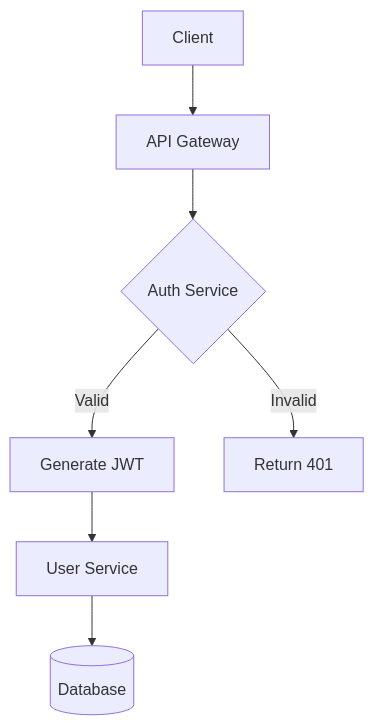
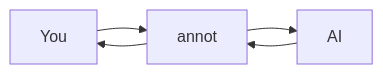
Before and after one commit to denolehov/annot: the diagram in test-fixtures/sample.md, drawn with Mermaid. The commit also changed other lines of this file and 1 other file, not shown here.

````diff
--- a/test-fixtures/sample.md
+++ b/test-fixtures/sample.md
@@ -43,9 +151,5 @@
 ```mermaid
-flowchart TD
-    A[Client] --> B[API Gateway]
-    B --> C{Auth Service}
-    C -->|Valid| D[Generate JWT]
-    C -->|Invalid| E[Return 401]
-    D --> F[User Service]
-    F --> G[(Database)]
+flowchart LR
+    A[You] --> B[annot] --> C[AI]
+    C --> B --> A
 ```
````
